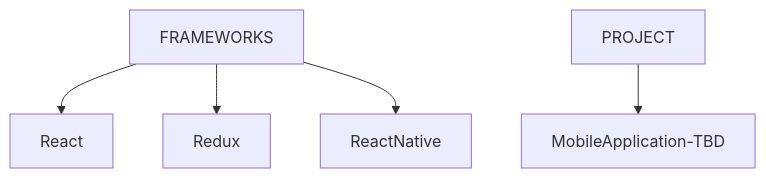
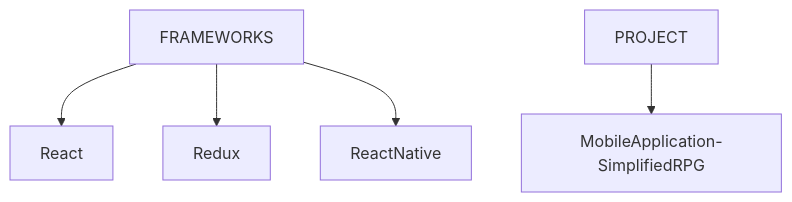
Before and after one commit to prak112/DevSchool-Javascript: the second of 2 diagrams in README.md, drawn with Mermaid. The commit also changed other lines of this file, not shown here.

````diff
--- a/README.md
+++ b/README.md
@@ -19,7 +19,7 @@
 ```mermaid
 graph TD
 B[FRAMEWORKS] -->React 
 B -->Redux
 B -->ReactNative
-C[PROJECT] -->MobileApplication-TBD
+C[PROJECT] -->MobileApplication-SimplifiedRPG
 ```
````
